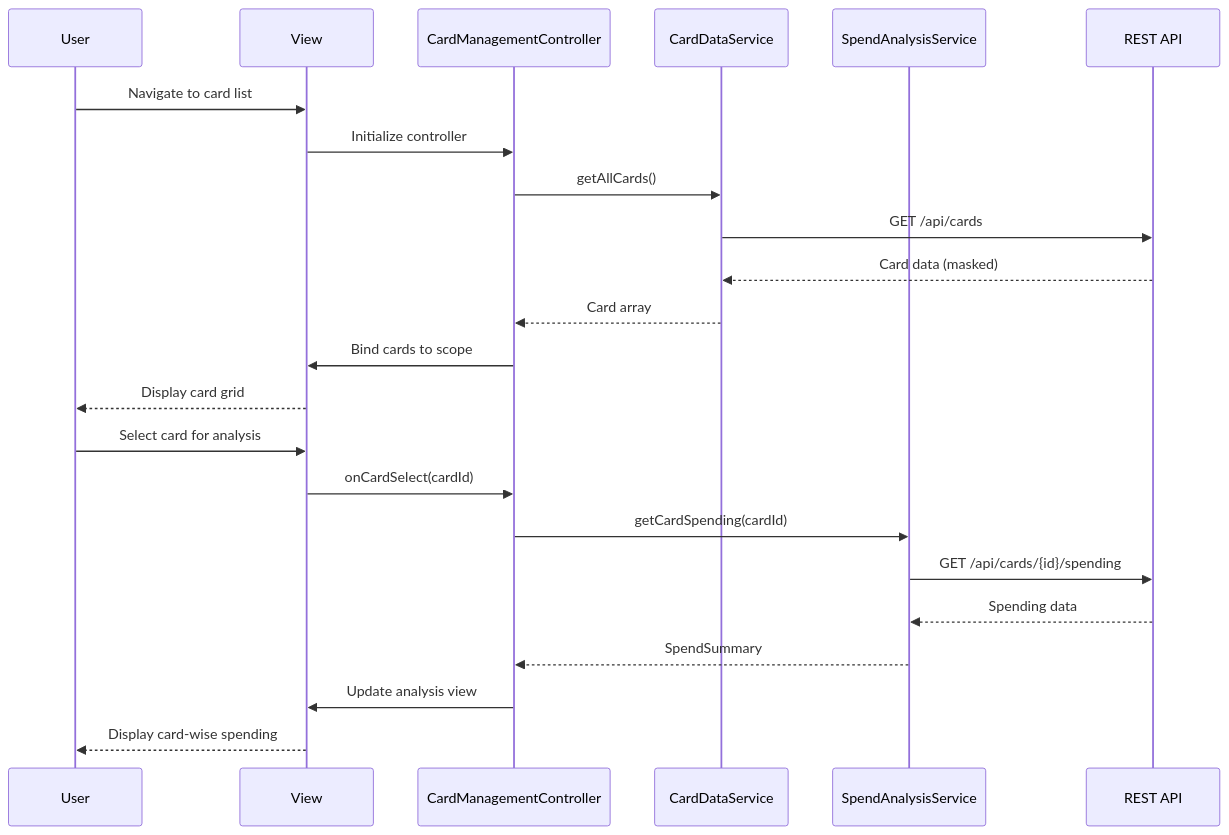
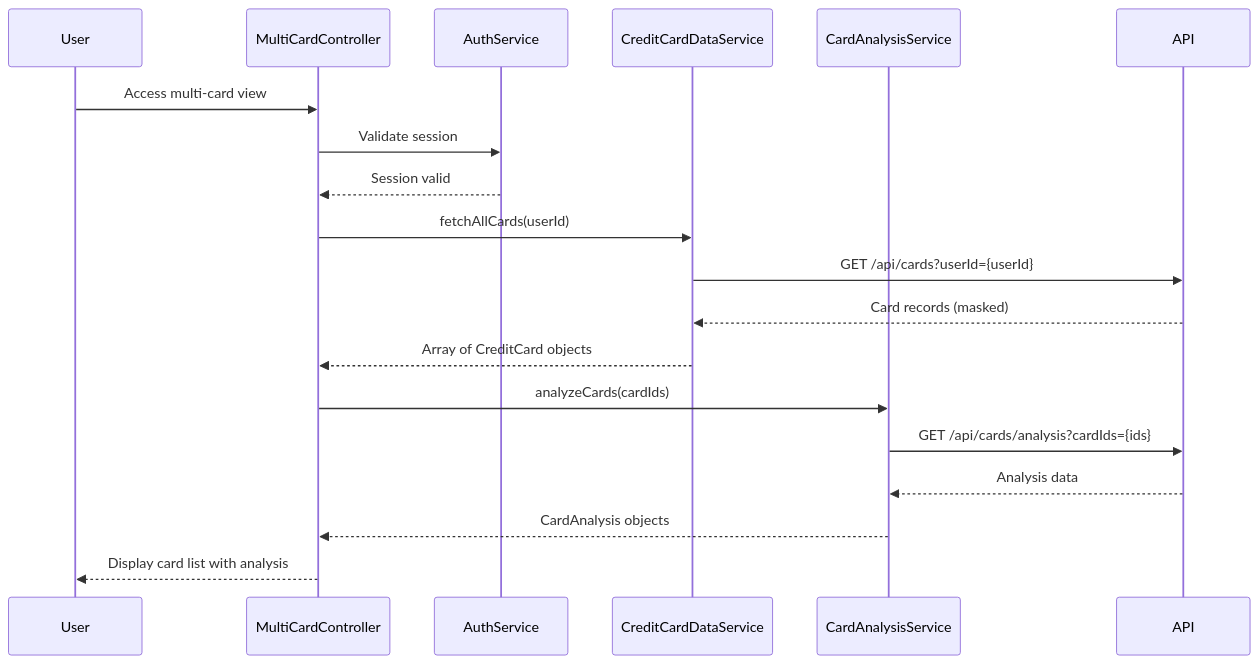
Before and after one commit to AAVA-Demo/APB_Demo: the diagram in LLD/QE-7681_LLD.md, drawn with Mermaid. The commit also changed other lines of this file and 5 other files, not shown here.

````diff
--- a/LLD/QE-7681_LLD.md
+++ b/LLD/QE-7681_LLD.md
@@ -88,26 +78,22 @@
 ```mermaid
 sequenceDiagram
     participant User
-    participant View
-    participant CardMgmtCtrl as CardManagementController
-    participant CardDataSvc as CardDataService
-    participant SpendSvc as SpendAnalysisService
-    participant API as REST API
-    
-    User->>View: Navigate to card list
-    View->>CardMgmtCtrl: Initialize controller
-    CardMgmtCtrl->>CardDataSvc: getAllCards()
-    CardDataSvc->>API: GET /api/cards
-    API-->>CardDataSvc: Card data (masked)
-    CardDataSvc-->>CardMgmtCtrl: Card array
-    CardMgmtCtrl->>View: Bind cards to scope
-    View-->>User: Display card grid
-    User->>View: Select card for analysis
-    View->>CardMgmtCtrl: onCardSelect(cardId)
-    CardMgmtCtrl->>SpendSvc: getCardSpending(cardId)
-    SpendSvc->>API: GET /api/cards/{id}/spending
-    API-->>SpendSvc: Spending data
-    SpendSvc-->>CardMgmtCtrl: SpendSummary
-    CardMgmtCtrl->>View: Update analysis view
-    View-->>User: Display card-wise spending
+    participant MultiCardController
+    participant AuthService
+    participant CreditCardDataService
+    participant CardAnalysisService
+    participant API
+
+    User->>MultiCardController: Access multi-card view
+    MultiCardController->>AuthService: Validate session
+    AuthService-->>MultiCardController: Session valid
+    MultiCardController->>CreditCardDataService: fetchAllCards(userId)
+    CreditCardDataService->>API: GET /api/cards?userId={userId}
+    API-->>CreditCardDataService: Card records (masked)
+    CreditCardDataService-->>MultiCardController: Array of CreditCard objects
+    MultiCardController->>CardAnalysisService: analyzeCards(cardIds)
+    CardAnalysisService->>API: GET /api/cards/analysis?cardIds={ids}
+    API-->>CardAnalysisService: Analysis data
+    CardAnalysisService-->>MultiCardController: CardAnalysis objects
+    MultiCardController-->>User: Display card list with analysis
 ```
````
